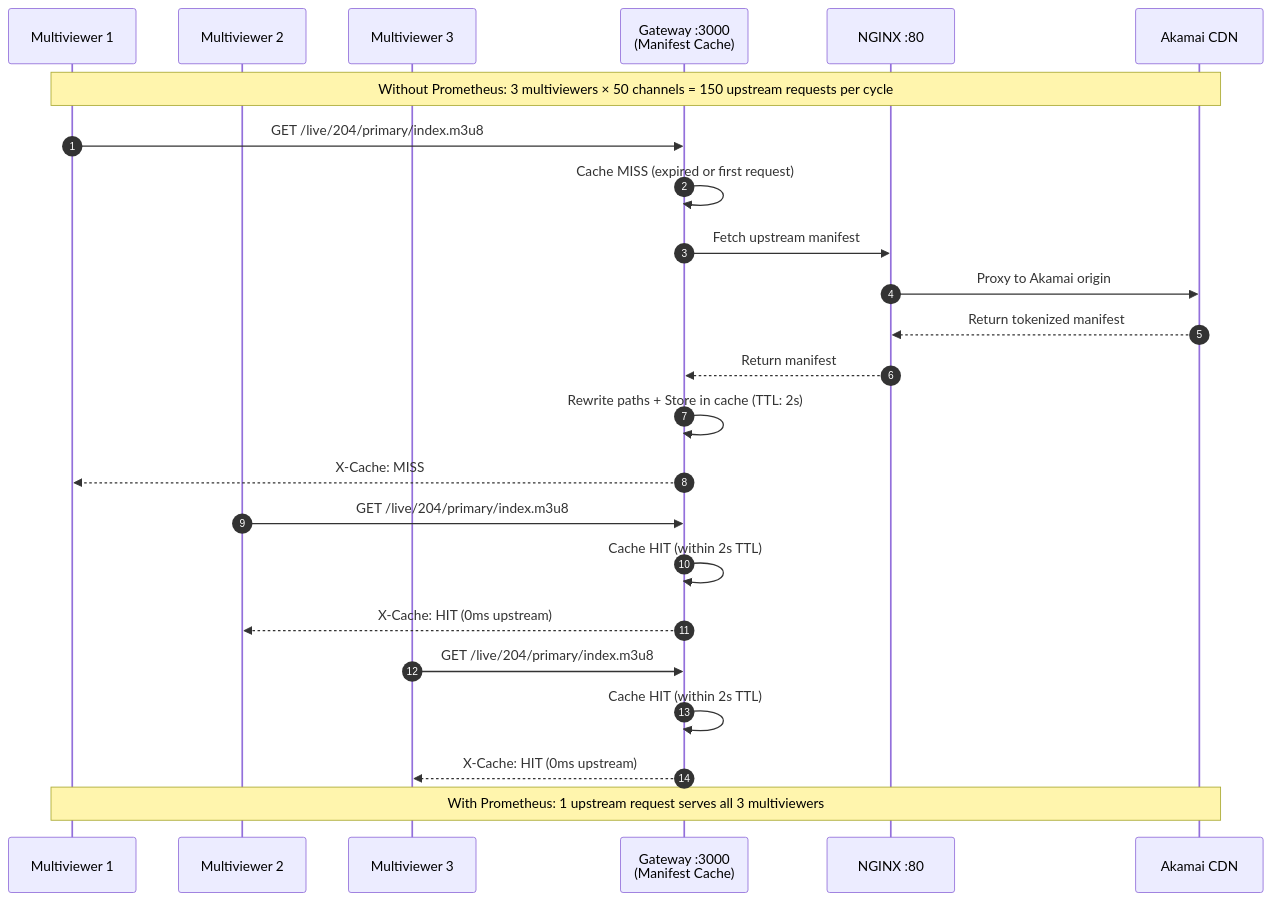
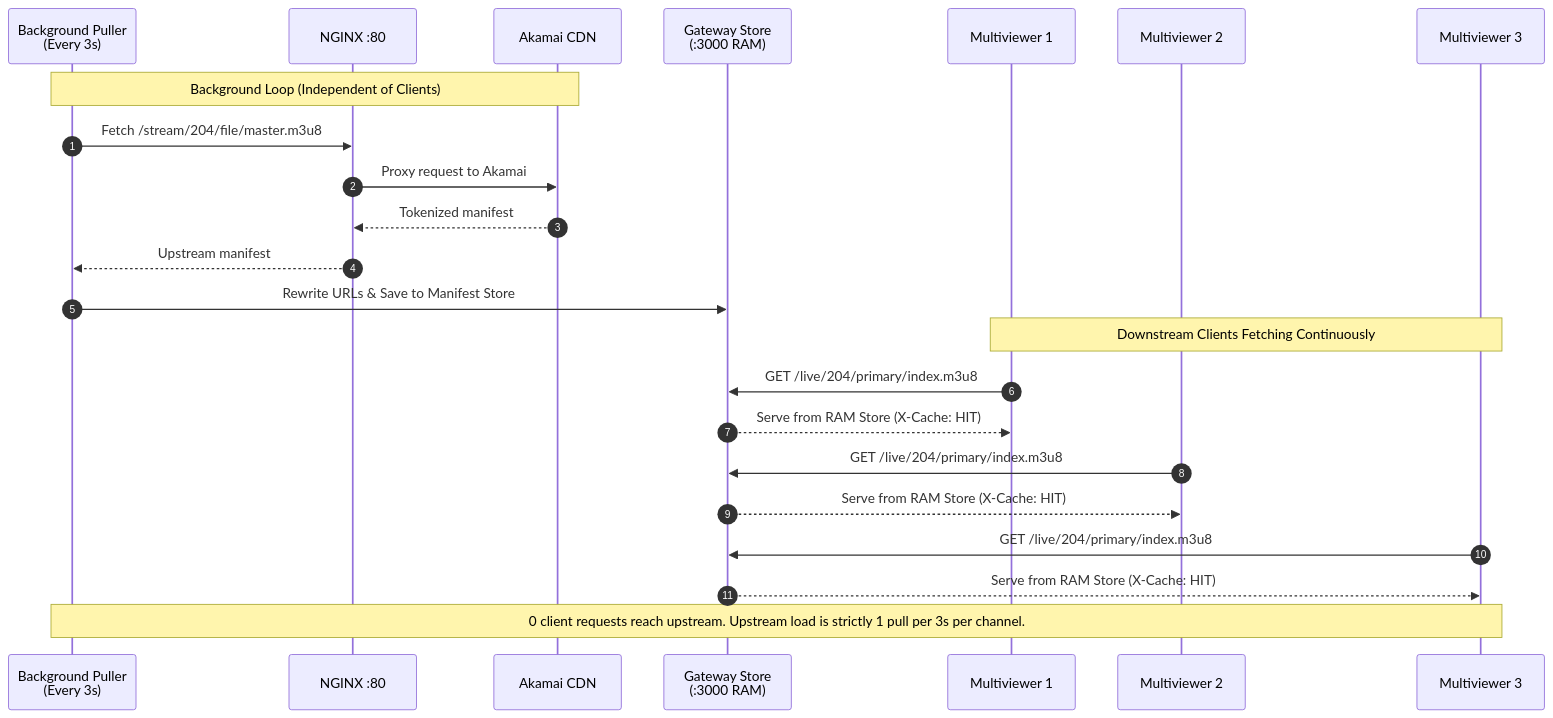
Before and after one commit to visual-alchemy/prometheus-project: the second of 3 diagrams in README.md, drawn with Mermaid. The commit also changed other lines of this file and 1 other file, not shown here.

Commit message:
feat: implement Option B background manifest puller for guaranteed request coalescing

````diff
--- a/README.md
+++ b/README.md
@@ -97,31 +96,30 @@
 ```mermaid
 sequenceDiagram
     autonumber
+    participant PULL as Background Puller<br/>(Every 3s)
+    participant NX as NGINX :80
+    participant AK as Akamai CDN
+    participant GW as Gateway Store<br/>(:3000 RAM)
     participant MV1 as Multiviewer 1
     participant MV2 as Multiviewer 2
     participant MV3 as Multiviewer 3
-    participant GW as Gateway :3000<br/>(Manifest Cache)
-    participant NX as NGINX :80
-    participant AK as Akamai CDN
 
-    Note over MV1, AK: Without Prometheus: 3 multiviewers × 50 channels = 150 upstream requests per cycle
+    Note over PULL, AK: Background Loop (Independent of Clients)
+    PULL->>NX: Fetch /stream/204/file/master.m3u8
+    NX->>AK: Proxy request to Akamai
+    AK-->>NX: Tokenized manifest
+    NX-->>PULL: Upstream manifest
+    PULL->>GW: Rewrite URLs & Save to Manifest Store
 
+    Note over MV1, MV3: Downstream Clients Fetching Continuously
     MV1->>GW: GET /live/204/primary/index.m3u8
-    GW->>GW: Cache MISS (expired or first request)
-    GW->>NX: Fetch upstream manifest
-    NX->>AK: Proxy to Akamai origin
-    AK-->>NX: Return tokenized manifest
-    NX-->>GW: Return manifest
-    GW->>GW: Rewrite paths + Store in cache (TTL: 2s)
-    GW-->>MV1: X-Cache: MISS
+    GW-->>MV1: Serve from RAM Store (X-Cache: HIT)
 
     MV2->>GW: GET /live/204/primary/index.m3u8
-    GW->>GW: Cache HIT (within 2s TTL)
-    GW-->>MV2: X-Cache: HIT (0ms upstream)
+    GW-->>MV2: Serve from RAM Store (X-Cache: HIT)
 
     MV3->>GW: GET /live/204/primary/index.m3u8
-    GW->>GW: Cache HIT (within 2s TTL)
-    GW-->>MV3: X-Cache: HIT (0ms upstream)
+    GW-->>MV3: Serve from RAM Store (X-Cache: HIT)
 
-    Note over MV1, AK: With Prometheus: 1 upstream request serves all 3 multiviewers
+    Note over PULL, MV3: 0 client requests reach upstream. Upstream load is strictly 1 pull per 3s per channel.
 ```
````
